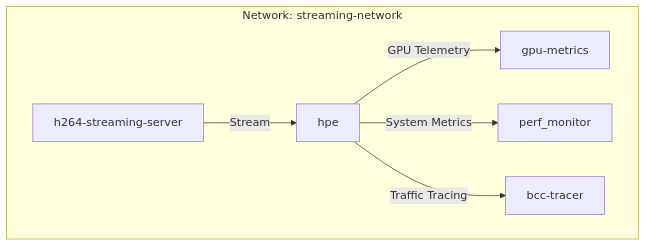
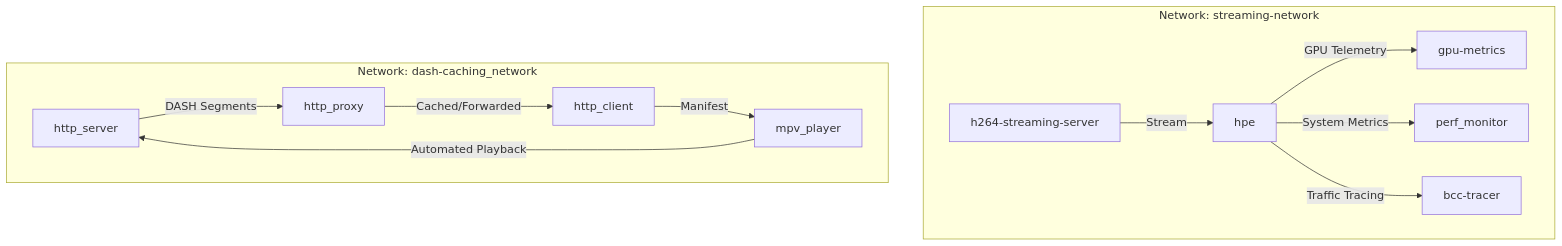
Before and after one commit to Fogus-Gr/MeasurementsDTs: the second of 3 diagrams in .qoder/repowiki/en/content/Deployment Infrastructure/Containerization and Docker Configuration.md, drawn with Mermaid. The commit also changed other lines of this file and 10 other files, not shown here.

````diff
--- a/.qoder/repowiki/en/content/Deployment Infrastructure/Containerization and Docker Configuration.md
+++ b/.qoder/repowiki/en/content/Deployment Infrastructure/Containerization and Docker Configuration.md
@@ -149,14 +175,24 @@
 ```mermaid
 graph TB
 subgraph "Network: streaming-network"
 S["h264-streaming-server"]
 H["hpe"]
 G["gpu-metrics"]
 P["perf_monitor"]
 T["bcc-tracer"]
 end
+subgraph "Network: dash-caching_network"
+DS["http_server"]
+DP["http_proxy"]
+DC["http_client"]
+DM["mpv_player"]
+end
 S --> |"Stream"| H
 H --> |"GPU Telemetry"| G
 H --> |"System Metrics"| P
 H --> |"Traffic Tracing"| T
+DS --> |"DASH Segments"| DP
+DP --> |"Cached/Forwarded"| DC
+DC --> |"Manifest"| DM
+DM --> |"Automated Playback"| DS
 ```
````
